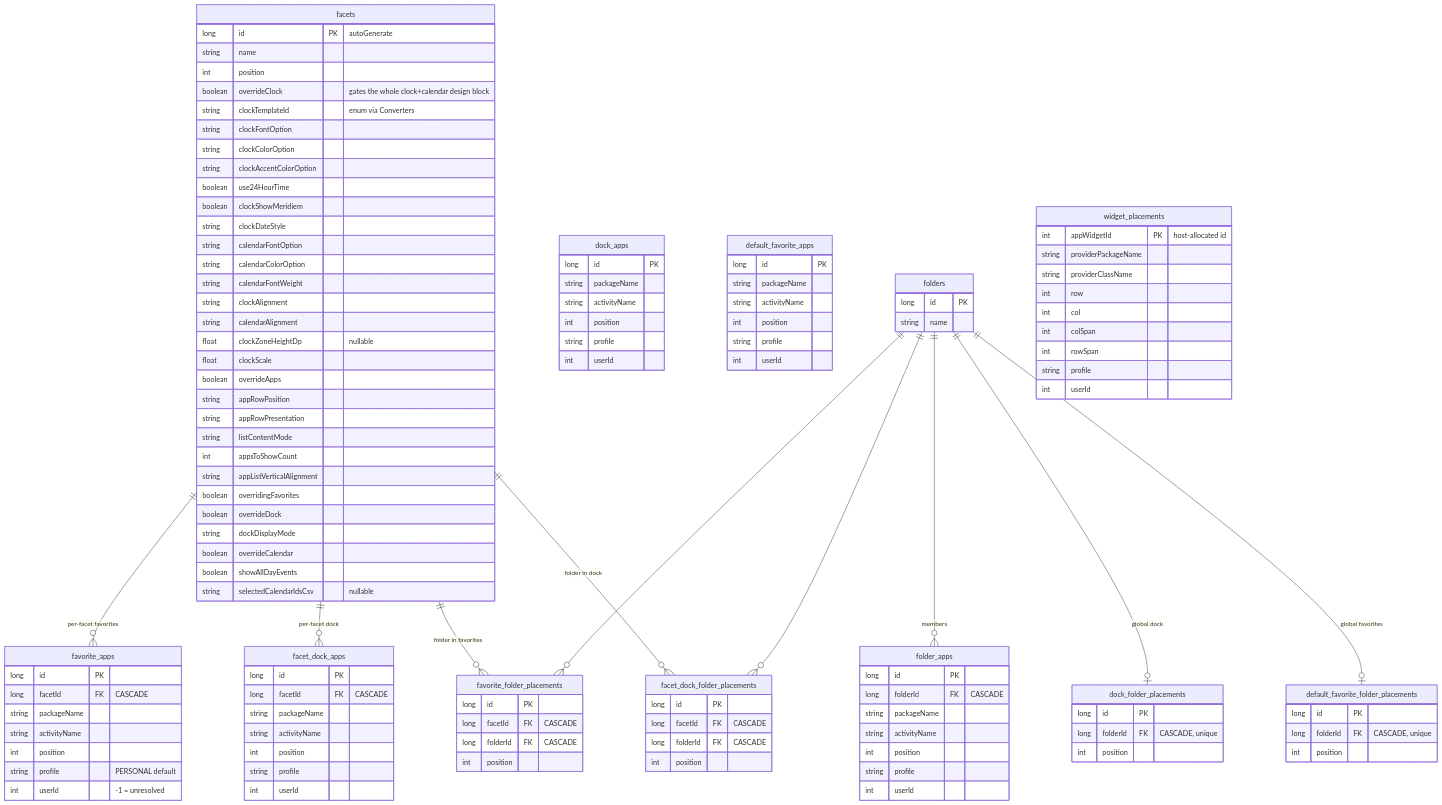
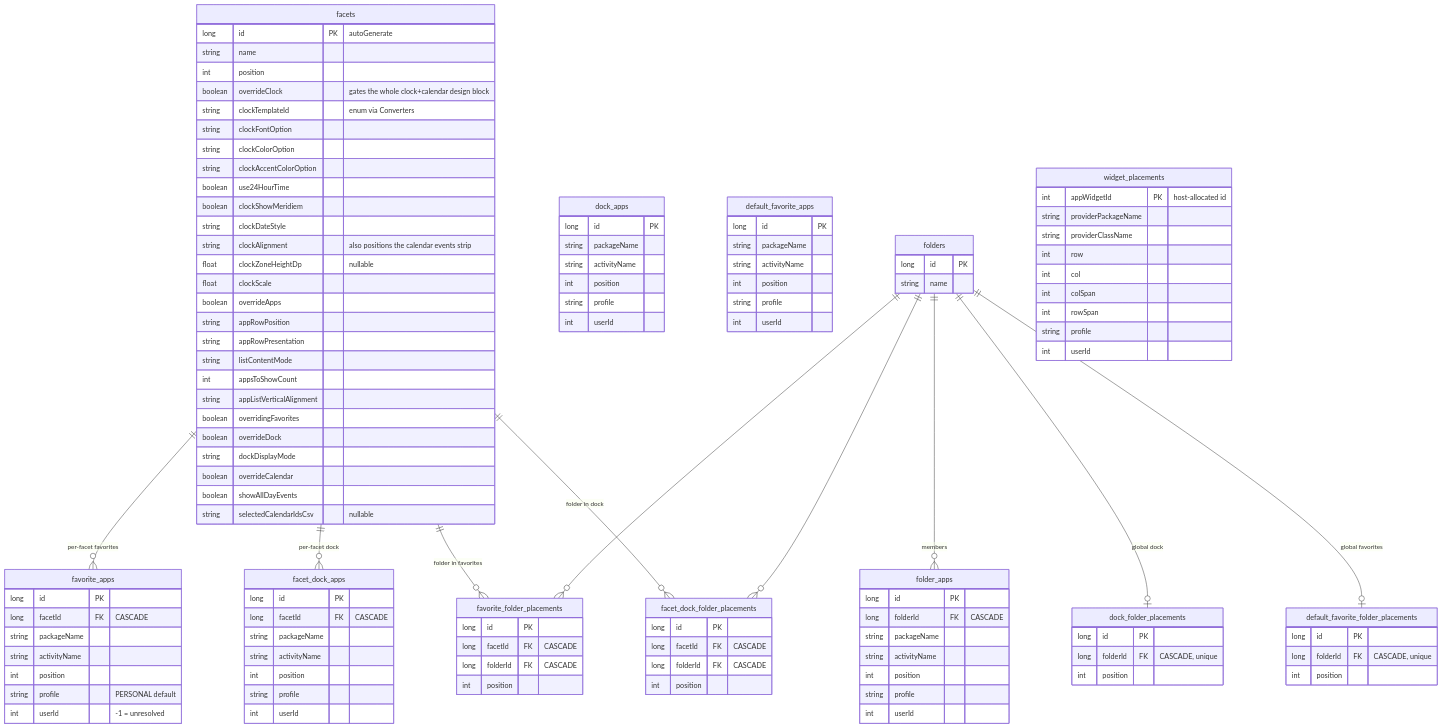
Before and after one commit to rohitganjam/facet-launcher: the first of 3 diagrams in docs/architecture/02-persistence-room.md, drawn with Mermaid. The commit also changed other lines of this file and 60 other files, not shown here.

```diff
--- a/docs/architecture/02-persistence-room.md
+++ b/docs/architecture/02-persistence-room.md
@@ -40,11 +44,7 @@
         boolean use24HourTime
         boolean clockShowMeridiem
         string clockDateStyle
-        string calendarFontOption
-        string calendarColorOption
-        string calendarFontWeight
-        string clockAlignment
-        string calendarAlignment
+        string clockAlignment "also positions the calendar events strip"
         float clockZoneHeightDp "nullable"
         float clockScale
         boolean overrideApps
```
